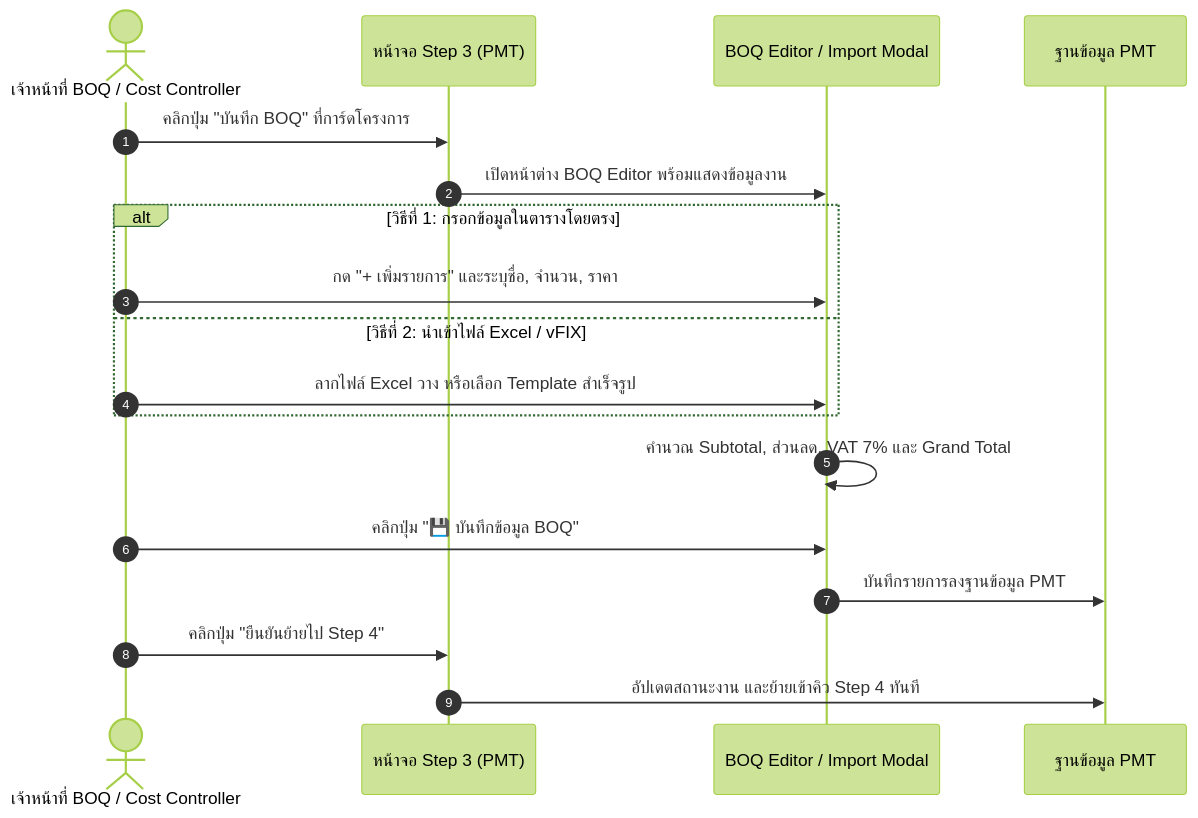
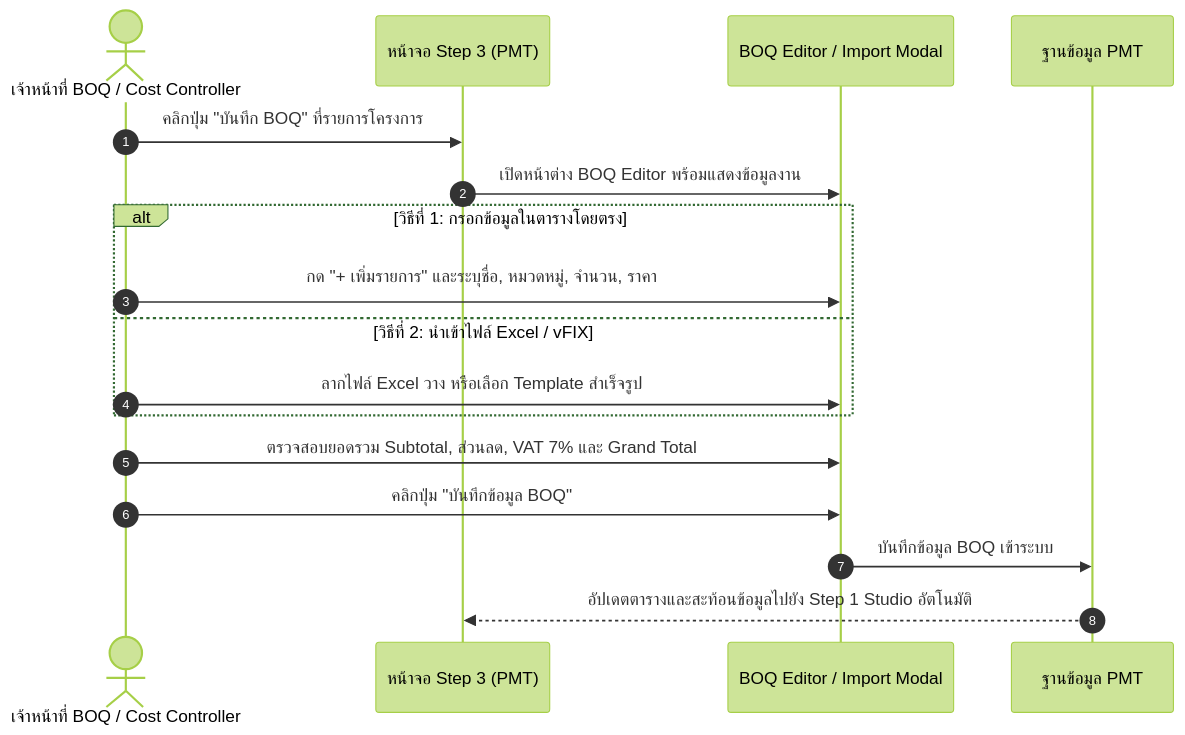
The second of 2 diagrams in doc/คู่มือการใช้งาน_Step3_นำBOQเข้าระบบ.md (isarachootip/pmt_flow), drawn with Mermaid (forest theme) before and after one commit. The commit also changed other lines of this file and 6 other files, not shown here.

Commit message:
feat: integrate Step 2 Design & Step 3 BOQ into Step 1 Unified Order Studio with 1-click proceed and sync docs

````diff
--- a/doc/คู่มือการใช้งาน_Step3_นำBOQเข้าระบบ.md
+++ b/doc/คู่มือการใช้งาน_Step3_นำBOQเข้าระบบ.md
@@ -86,21 +105,20 @@
 ```mermaid
 sequenceDiagram
     autonumber
     actor User as เจ้าหน้าที่ BOQ / Cost Controller
     participant UI as หน้าจอ Step 3 (PMT)
     participant Modal as BOQ Editor / Import Modal
     participant DB as ฐานข้อมูล PMT
 
-    User->>UI: คลิกปุ่ม "บันทึก BOQ" ที่การ์ดโครงการ
+    User->>UI: คลิกปุ่ม "บันทึก BOQ" ที่รายการโครงการ
     UI->>Modal: เปิดหน้าต่าง BOQ Editor พร้อมแสดงข้อมูลงาน
     alt วิธีที่ 1: กรอกข้อมูลในตารางโดยตรง
-        User->>Modal: กด "+ เพิ่มรายการ" และระบุชื่อ, จำนวน, ราคา
+        User->>Modal: กด "+ เพิ่มรายการ" และระบุชื่อ, หมวดหมู่, จำนวน, ราคา
     else วิธีที่ 2: นำเข้าไฟล์ Excel / vFIX
         User->>Modal: ลากไฟล์ Excel วาง หรือเลือก Template สำเร็จรูป
     end
-    Modal->>Modal: คำนวณ Subtotal, ส่วนลด, VAT 7% และ Grand Total
-    User->>Modal: คลิกปุ่ม "💾 บันทึกข้อมูล BOQ"
-    Modal->>DB: บันทึกรายการลงฐานข้อมูล PMT
-    User->>UI: คลิกปุ่ม "ยืนยันย้ายไป Step 4"
-    UI->>DB: อัปเดตสถานะงาน และย้ายเข้าคิว Step 4 ทันที
+    User->>Modal: ตรวจสอบยอดรวม Subtotal, ส่วนลด, VAT 7% และ Grand Total
+    User->>Modal: คลิกปุ่ม "บันทึกข้อมูล BOQ"
+    Modal->>DB: บันทึกข้อมูล BOQ เข้าระบบ
+    DB-->>UI: อัปเดตตารางและสะท้อนข้อมูลไปยัง Step 1 Studio อัตโนมัติ
 ```
````
